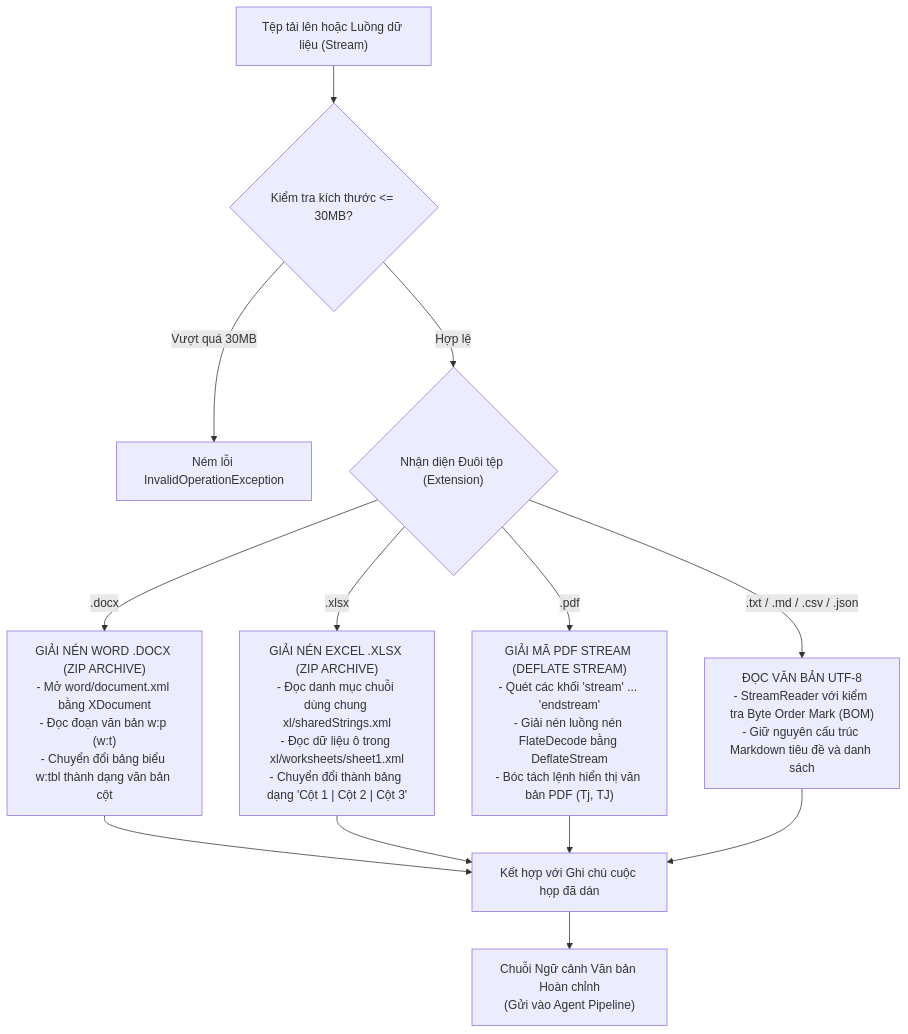
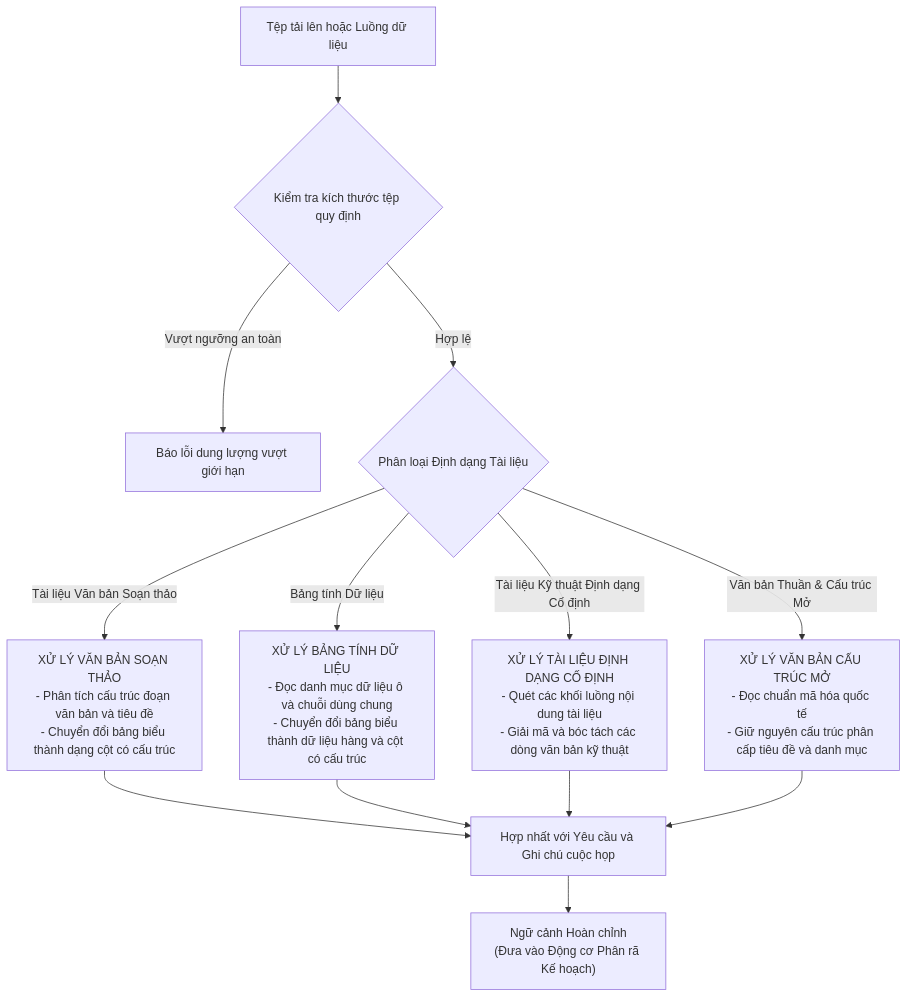
The second of 3 diagrams in docs/ai/04-rag-va-spec-hub-grounding.md (TranHoang2k40525/ProjectMgmt), drawn with Mermaid before and after one commit. The commit also changed other lines of this file and 6 other files, not shown here.

Commit message:
docs(ai): sanitize diagrams to architectural naming convention without code files, tech or method leakage

````diff
--- a/docs/ai/04-rag-va-spec-hub-grounding.md
+++ b/docs/ai/04-rag-va-spec-hub-grounding.md
@@ -38,21 +38,21 @@
 ```mermaid
 flowchart TD
-    InputFile["Tệp tải lên hoặc Luồng dữ liệu (Stream)"] --> CheckSize{"Kiểm tra kích thước <= 30MB?"}
-    CheckSize -- "Vượt quá 30MB" --> ErrSize["Ném lỗi InvalidOperationException"]
-    CheckSize -- "Hợp lệ" --> DetectExt{"Nhận diện Đuôi tệp (Extension)"}
+    InputFile["Tệp tải lên hoặc Luồng dữ liệu"] --> CheckSize{"Kiểm tra kích thước tệp quy định"}
+    CheckSize -- "Vượt ngưỡng an toàn" --> ErrSize["Báo lỗi dung lượng vượt giới hạn"]
+    CheckSize -- "Hợp lệ" --> DetectExt{"Phân loại Định dạng Tài liệu"}
 
-    DetectExt -- ".docx" --> ParseDocx["GIẢI NÉN WORD .DOCX (ZIP ARCHIVE)\n- Mở word/document.xml bằng XDocument\n- Đọc đoạn văn bản w:p (w:t)\n- Chuyển đổi bảng biểu w:tbl thành dạng văn bản cột"]
+    DetectExt -- "Tài liệu Văn bản Soạn thảo" --> ParseDocx["XỬ LÝ VĂN BẢN SOẠN THẢO\n- Phân tích cấu trúc đoạn văn bản và tiêu đề\n- Chuyển đổi bảng biểu thành dạng cột có cấu trúc"]
     
-    DetectExt -- ".xlsx" --> ParseXlsx["GIẢI NÉN EXCEL .XLSX (ZIP ARCHIVE)\n- Đọc danh mục chuỗi dùng chung xl/sharedStrings.xml\n- Đọc dữ liệu ô trong xl/worksheets/sheet1.xml\n- Chuyển đổi thành bảng dạng 'Cột 1 | Cột 2 | Cột 3'"]
+    DetectExt -- "Bảng tính Dữ liệu" --> ParseXlsx["XỬ LÝ BẢNG TÍNH DỮ LIỆU\n- Đọc danh mục dữ liệu ô và chuỗi dùng chung\n- Chuyển đổi bảng biểu thành dữ liệu hàng và cột có cấu trúc"]
 
-    DetectExt -- ".pdf" --> ParsePdf["GIẢI MÃ PDF STREAM (DEFLATE STREAM)\n- Quét các khối 'stream' ... 'endstream'\n- Giải nén luồng nén FlateDecode bằng DeflateStream\n- Bóc tách lệnh hiển thị văn bản PDF (Tj, TJ)"]
+    DetectExt -- "Tài liệu Kỹ thuật Định dạng Cố định" --> ParsePdf["XỬ LÝ TÀI LIỆU ĐỊNH DẠNG CỐ ĐỊNH\n- Quét các khối luồng nội dung tài liệu\n- Giải mã và bóc tách các dòng văn bản kỹ thuật"]
 
-    DetectExt -- ".txt / .md / .csv / .json" --> ParseText["ĐỌC VĂN BẢN UTF-8\n- StreamReader với kiểm tra Byte Order Mark (BOM)\n- Giữ nguyên cấu trúc Markdown tiêu đề và danh sách"]
+    DetectExt -- "Văn bản Thuần & Cấu trúc Mở" --> ParseText["XỬ LÝ VĂN BẢN CẤU TRÚC MỞ\n- Đọc chuẩn mã hóa quốc tế\n- Giữ nguyên cấu trúc phân cấp tiêu đề và danh mục"]
 
-    ParseDocx --> Combine["Kết hợp với Ghi chú cuộc họp đã dán"]
+    ParseDocx --> Combine["Hợp nhất với Yêu cầu và Ghi chú cuộc họp"]
     ParseXlsx --> Combine
     ParsePdf --> Combine
     ParseText --> Combine
 
-    Combine --> FinalText["Chuỗi Ngữ cảnh Văn bản Hoàn chỉnh\n(Gửi vào Agent Pipeline)"]
+    Combine --> FinalText["Ngữ cảnh Hoàn chỉnh\n(Đưa vào Động cơ Phân rã Kế hoạch)"]
 ```
````
